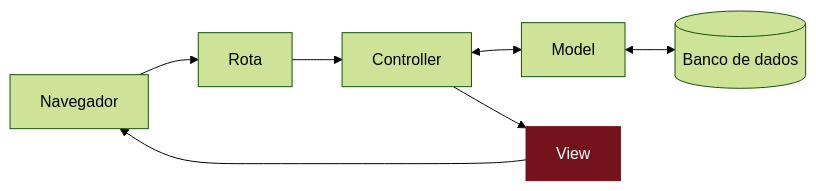
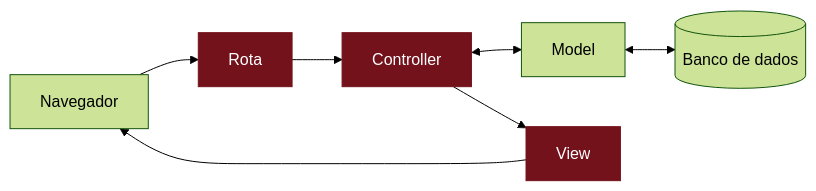
The diagram in projetos/mural-de-recados/03-ver-todos-os-recados/o-que-aconteceu.md (RailsGirls-SP/guia-railsgirls-sp), drawn with Mermaid (forest theme) before and after one commit. The commit also changed other lines of this file and 21 other files, not shown here.

````diff
--- a/projetos/mural-de-recados/03-ver-todos-os-recados/o-que-aconteceu.md
+++ b/projetos/mural-de-recados/03-ver-todos-os-recados/o-que-aconteceu.md
@@ -19,10 +21,10 @@
 ```mermaid
 flowchart LR
   Navegador --> Rota --> Controller
   Controller <--> Model
   Model <--> Banco[(Banco de dados)]
   Controller --> View --> Navegador
 
   classDef aqui fill:#73121b,stroke:#73121b,color:#fff
-  class View aqui
+  class Rota,Controller,View aqui
 ```
````
